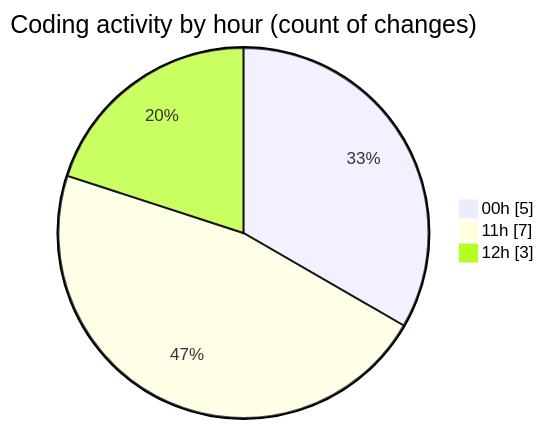
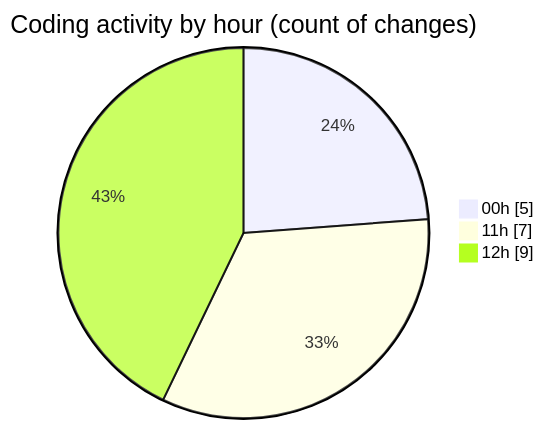
The second of 2 diagrams in 2025-10-08/eventscop-api-guide__workspace_/README.md (julien-gomy/code-tracking), drawn with Mermaid before and after one commit. The commit also changed other lines of this file and 1 other file, not shown here.

````diff
--- a/2025-10-08/eventscop-api-guide__workspace_/README.md
+++ b/2025-10-08/eventscop-api-guide__workspace_/README.md
@@ -32,7 +34,7 @@
 ```mermaid
 pie showData
 title Coding activity by hour (count of changes)
 "00h" : 5
 "11h" : 7
-"12h" : 3
+"12h" : 9
 ```
````
